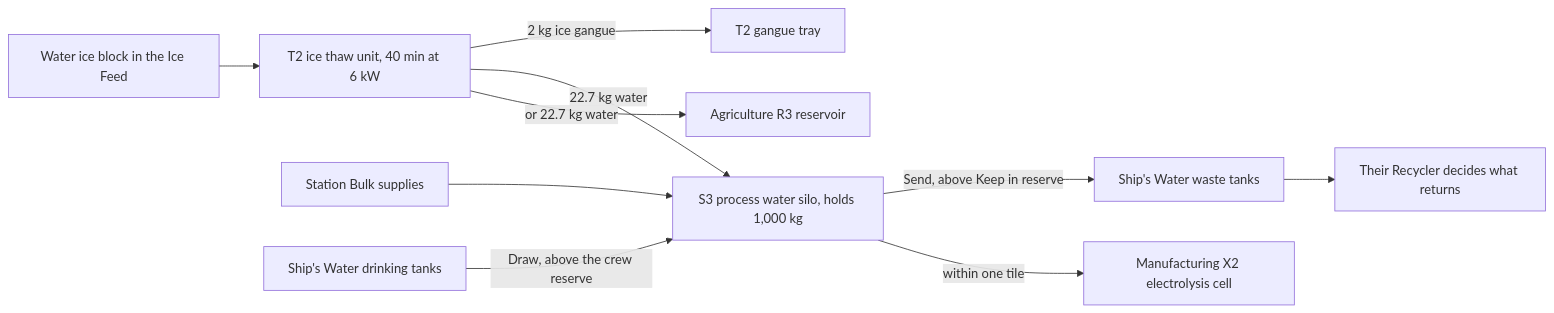
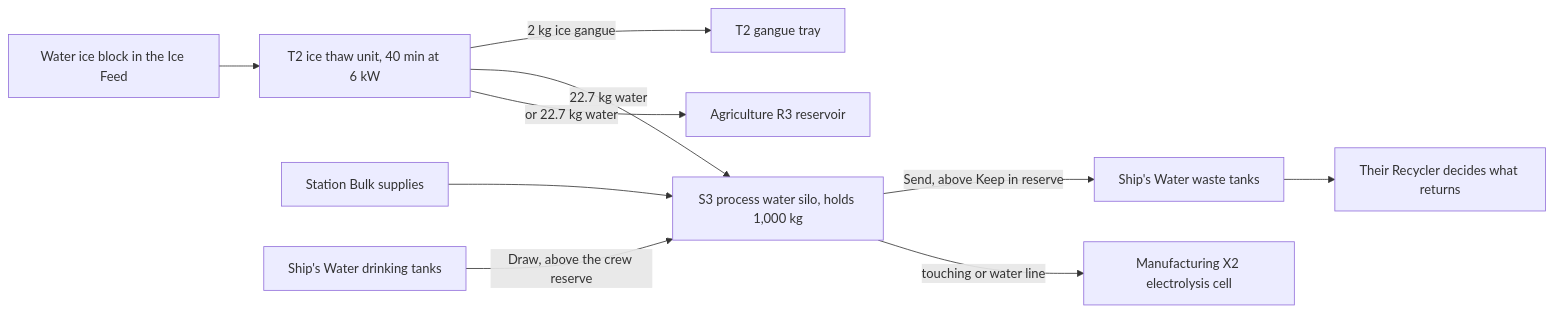
Before and after one commit to phobos-dthorga/phobos-ostranauts: the diagram in docs/shipbreaker-bulk-silos.md, drawn with Mermaid. The commit also changed other lines of this file and 119 other files, not shown here.

````diff
--- a/docs/shipbreaker-bulk-silos.md
+++ b/docs/shipbreaker-bulk-silos.md
@@ -117,12 +129,12 @@
 ```mermaid
 flowchart LR
     Ice["Water ice block in the Ice Feed"] --> T2["T2 ice thaw unit, 40 min at 6 kW"]
     T2 -->|2 kg ice gangue| Tray["T2 gangue tray"]
     T2 -->|22.7 kg water| S3["S3 process water silo, holds 1,000 kg"]
     T2 -->|or 22.7 kg water| R3["Agriculture R3 reservoir"]
     Kiosk["Station Bulk supplies"] --> S3
     Drink["Ship's Water drinking tanks"] -->|Draw, above the crew reserve| S3
     S3 -->|Send, above Keep in reserve| Waste["Ship's Water waste tanks"]
     Waste --> Recycler["Their Recycler decides what returns"]
-    S3 -->|within one tile| X2["Manufacturing X2 electrolysis cell"]
+    S3 -->|touching or water line| X2["Manufacturing X2 electrolysis cell"]
 ```
````
